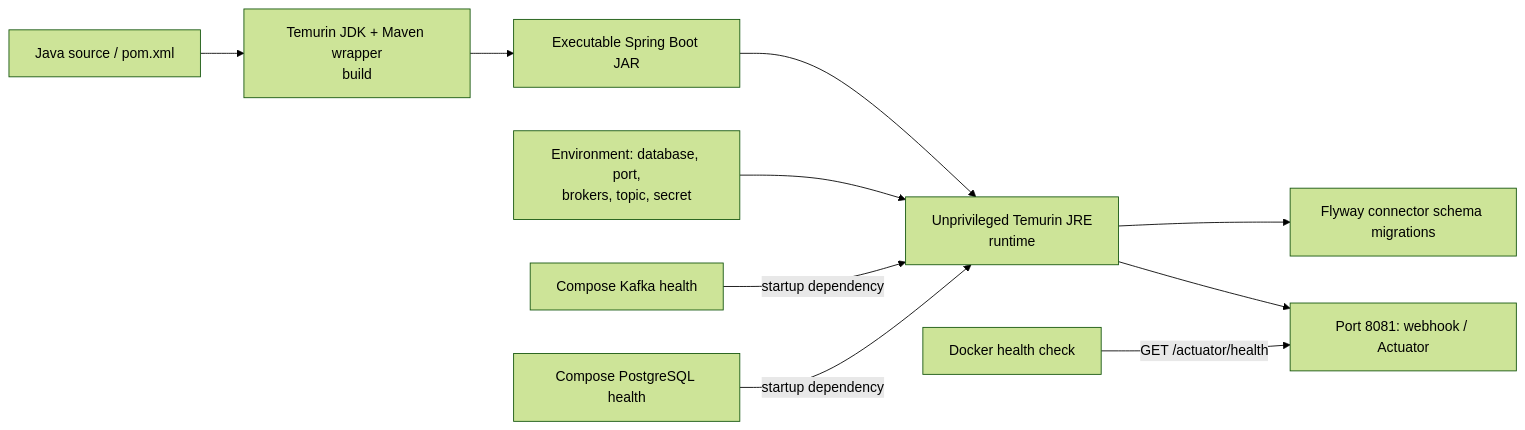
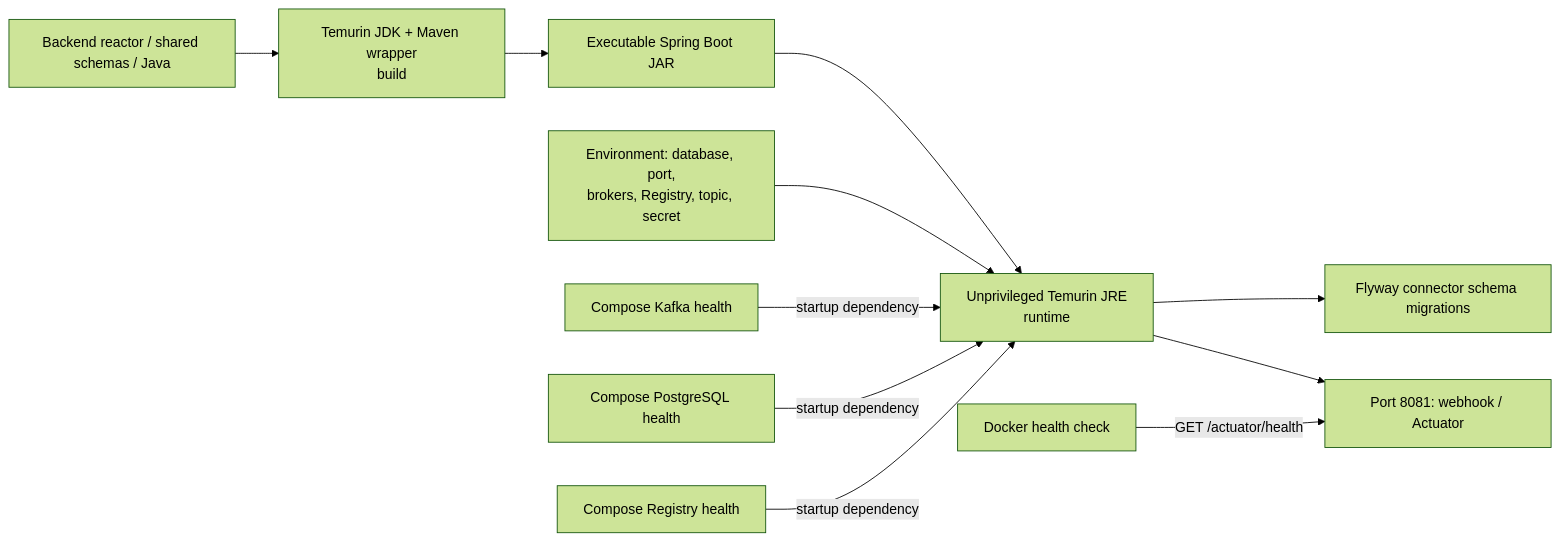
Before and after one commit to ChangeGuardHQ/changuard-platform: the second of 12 diagrams in backend/README.md, drawn with Mermaid (forest theme). The commit also changed other lines of this file and 53 other files, not shown here.

Commit message:
shared Avro contracts implemented + wired shema into compose + tests

````diff
--- a/backend/README.md
+++ b/backend/README.md
@@ -109,12 +117,13 @@
 ```mermaid
 flowchart LR
-    Source["Java source / pom.xml"] --> Maven["Temurin JDK + Maven wrapper<br/>build"]
+    Source["Backend reactor / shared schemas / Java"] --> Maven["Temurin JDK + Maven wrapper<br/>build"]
     Maven --> Jar["Executable Spring Boot JAR"]
     Jar --> Runtime["Unprivileged Temurin JRE<br/>runtime"]
-    Config["Environment: database, port,<br/>brokers, topic, secret"] --> Runtime
+    Config["Environment: database, port,<br/>brokers, Registry, topic, secret"] --> Runtime
     Kafka["Compose Kafka health"] -->|"startup dependency"| Runtime
     Postgres["Compose PostgreSQL health"] -->|"startup dependency"| Runtime
+    Registry["Compose Registry health"] -->|"startup dependency"| Runtime
     Runtime --> Migration["Flyway connector schema migrations"]
     Runtime --> HTTP["Port 8081: webhook / Actuator"]
     Probe["Docker health check"] -->|"GET /actuator/health"| HTTP
 ```
````
